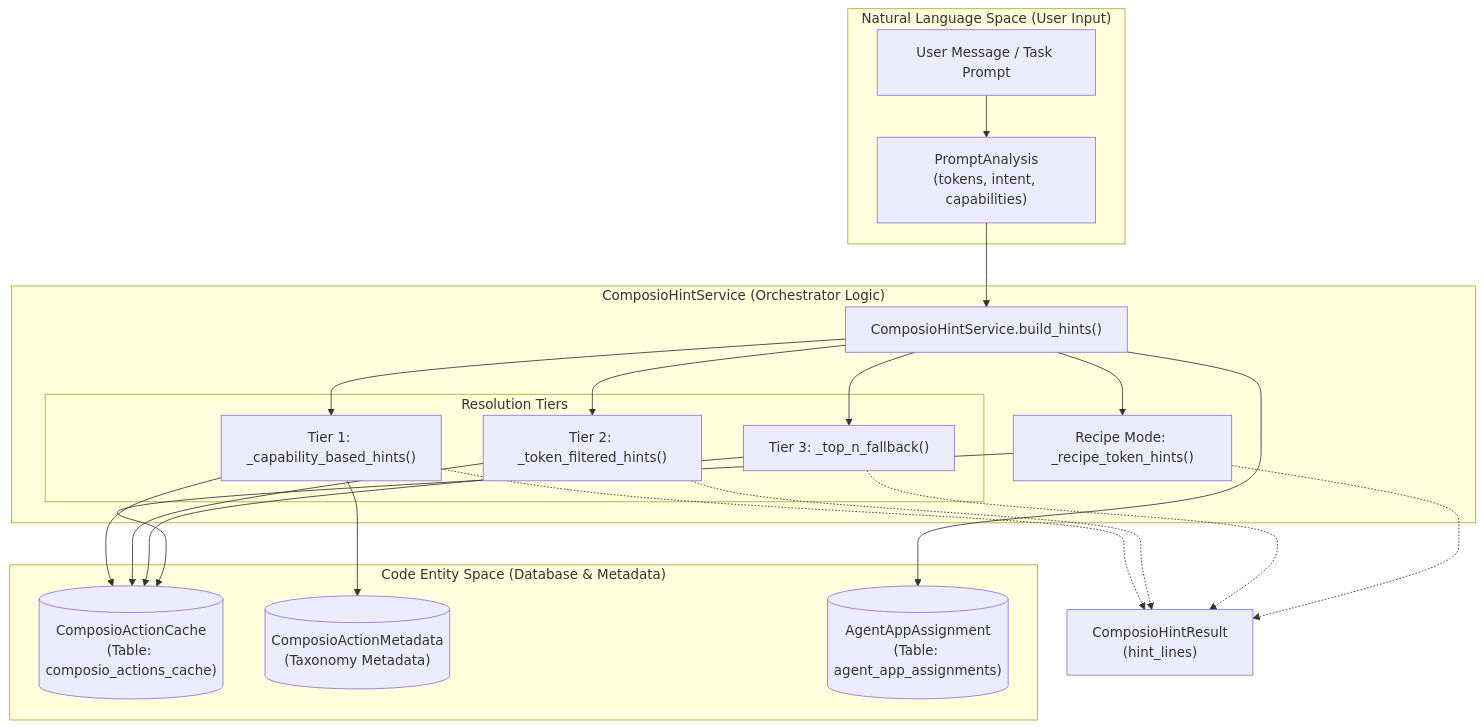
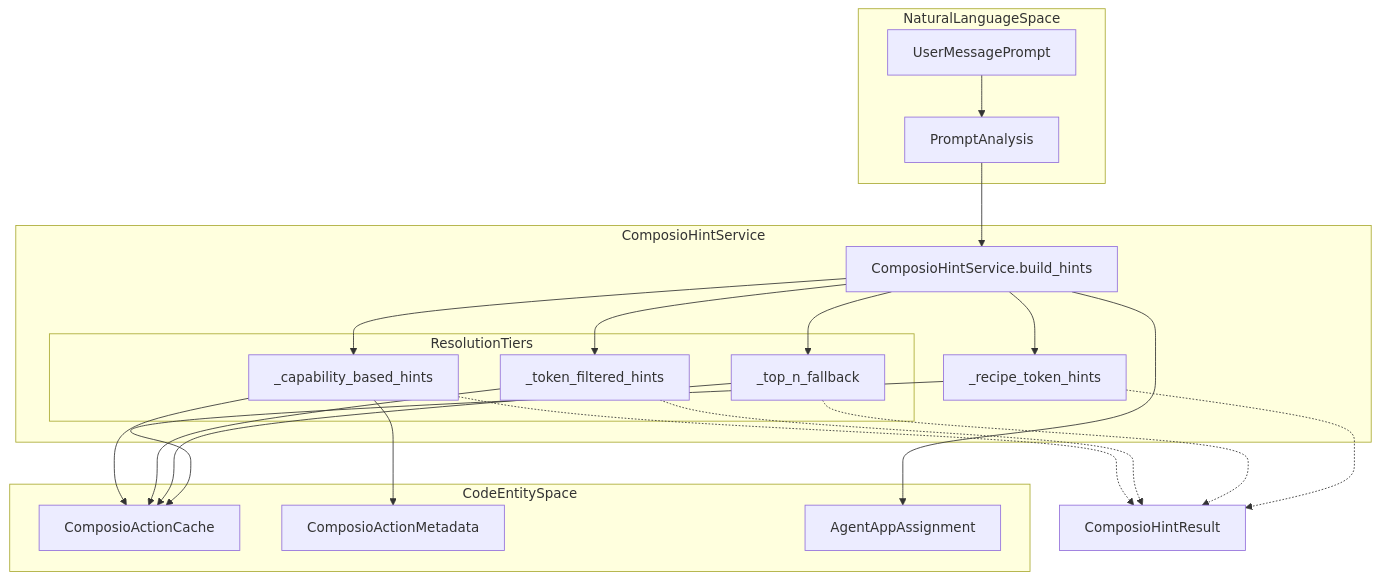
Before and after one commit to AutomatosAI/automatos-ai: the first of 2 diagrams in docs/tools-integrations/tool-hint-service.md, drawn with Mermaid. The commit also changed other lines of this file and 191 other files, not shown here.

````diff
--- a/docs/tools-integrations/tool-hint-service.md
+++ b/docs/tools-integrations/tool-hint-service.md
@@ -56,46 +61,46 @@
 ```mermaid
 graph TB
-    subgraph "Natural Language Space (User Input)"
-        Prompt["User Message / Task Prompt"]
-        Analysis["PromptAnalysis<br/>(tokens, intent, capabilities)"]
+    subgraph "NaturalLanguageSpace"
+        Prompt["UserMessagePrompt"]
+        Analysis["PromptAnalysis"]
     end
     
-    subgraph "ComposioHintService (Orchestrator Logic)"
-        HintService["ComposioHintService.build_hints()"]
+    subgraph "ComposioHintService"
+        HintService["ComposioHintService.build_hints"]
         
-        subgraph "Resolution Tiers"
-            Tier1["Tier 1: _capability_based_hints()"]
-            Tier2["Tier 2: _token_filtered_hints()"]
-            Tier3["Tier 3: _top_n_fallback()"]
+        subgraph "ResolutionTiers"
+            Tier1["_capability_based_hints"]
+            Tier2["_token_filtered_hints"]
+            Tier3["_top_n_fallback"]
         end
         
-        RecipeMode["Recipe Mode: _recipe_token_hints()"]
+        RecipeMode["_recipe_token_hints"]
     end
     
-    subgraph "Code Entity Space (Database & Metadata)"
-        ActionCache[("ComposioActionCache<br/>(Table: composio_actions_cache)")]
-        ActionMeta[("ComposioActionMetadata<br/>(Taxonomy Metadata)")]
-        AppAssign[("AgentAppAssignment<br/>(Table: agent_app_assignments)")]
+    subgraph "CodeEntitySpace"
+        ActionCache["ComposioActionCache"]
+        ActionMeta["ComposioActionMetadata"]
+        AppAssign["AgentAppAssignment"]
     end
     
     Prompt --> Analysis
     Analysis --> HintService
     
     HintService --> Tier1
     HintService --> Tier2
     HintService --> Tier3
     HintService --> RecipeMode
     
     Tier1 --> ActionMeta
     Tier1 --> ActionCache
     Tier2 --> ActionCache
     Tier3 --> ActionCache
     RecipeMode --> ActionCache
     
     HintService --> AppAssign
     
-    Tier1 -.-> Result["ComposioHintResult<br/>(hint_lines)"]
+    Tier1 -.-> Result["ComposioHintResult"]
     Tier2 -.-> Result
     Tier3 -.-> Result
     RecipeMode -.-> Result
 ```
````
